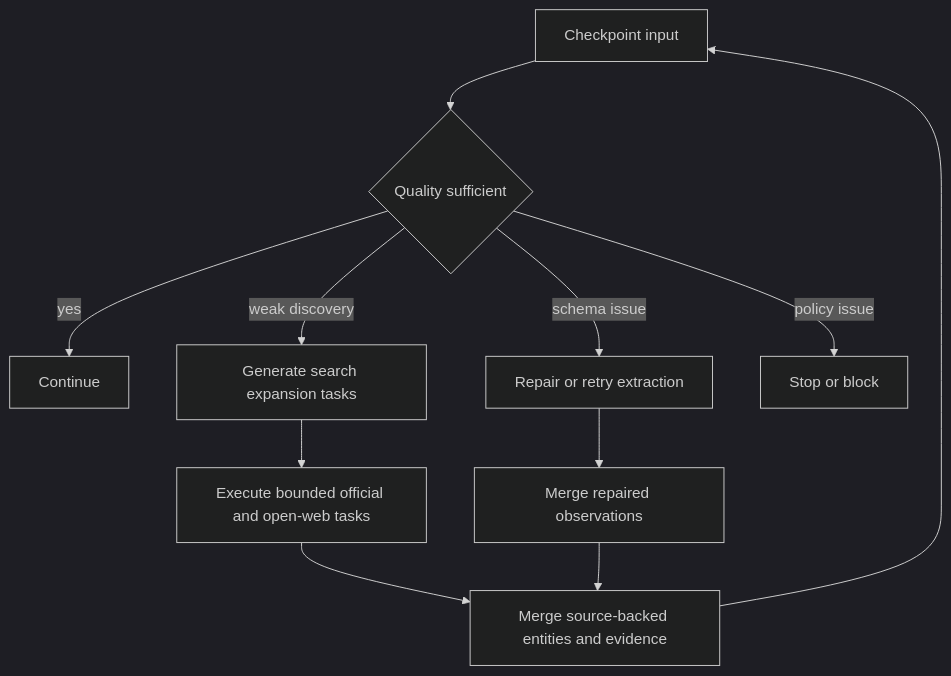
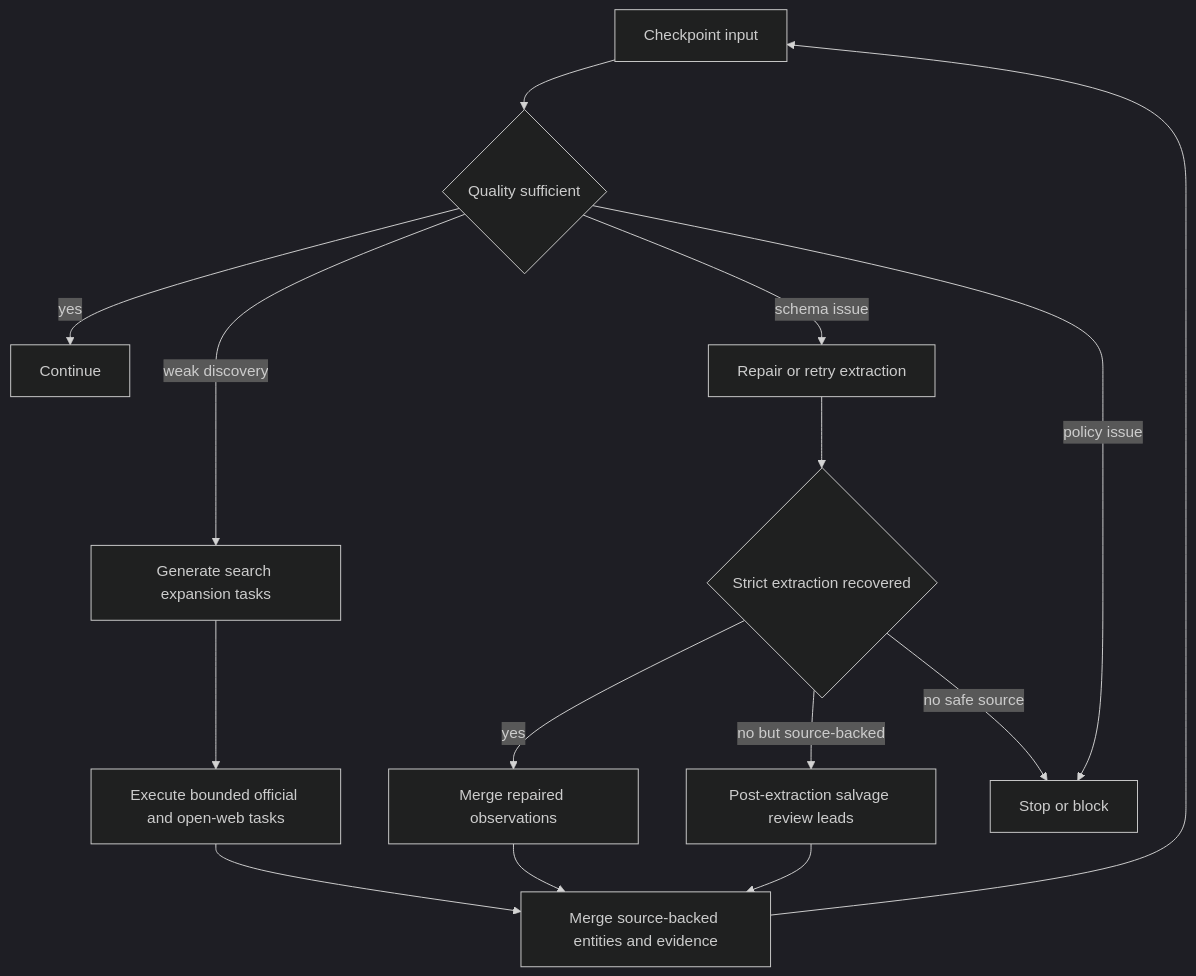
Before and after one commit to mudrezzz/power-web-os: the third of 6 diagrams in docs/radar/RADAR_SEARCH_PIPELINE_AS_IS.md, drawn with Mermaid (dark theme). The commit also changed other lines of this file and 48 other files, not shown here.

````diff
--- a/docs/radar/RADAR_SEARCH_PIPELINE_AS_IS.md
+++ b/docs/radar/RADAR_SEARCH_PIPELINE_AS_IS.md
@@ -313,13 +322,17 @@
 ```mermaid
 flowchart TD
   A[Checkpoint input] --> B{Quality sufficient}
   B -->|yes| C[Continue]
   B -->|weak discovery| D[Generate search expansion tasks]
   B -->|schema issue| E[Repair or retry extraction]
   B -->|policy issue| F[Stop or block]
   D --> G[Execute bounded official and open-web tasks]
-  E --> H[Merge repaired observations]
+  E --> H{Strict extraction recovered}
+  H -->|yes| J[Merge repaired observations]
+  H -->|no but source-backed| K[Post-extraction salvage review leads]
+  H -->|no safe source| F
   G --> I[Merge source-backed entities and evidence]
-  H --> I
+  J --> I
+  K --> I
   I --> A
 ```
````
